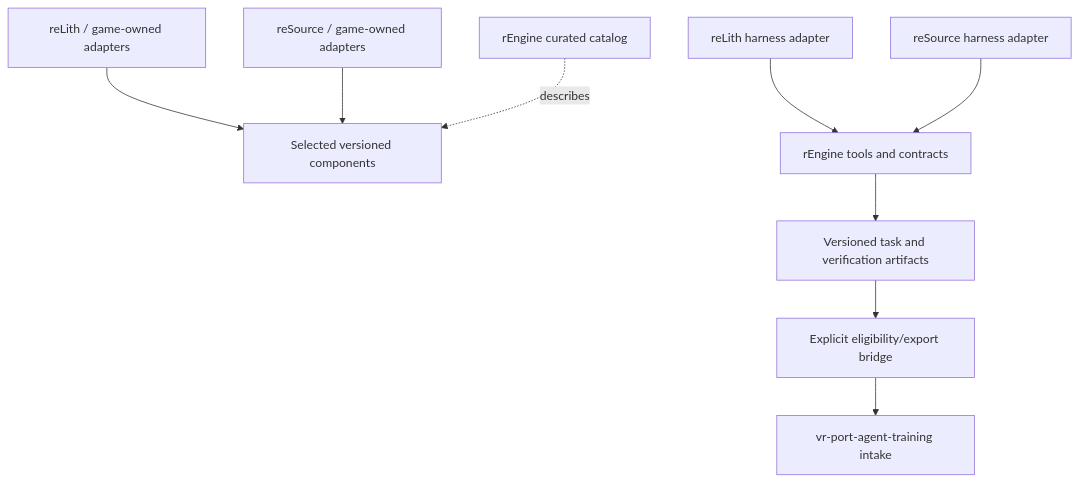
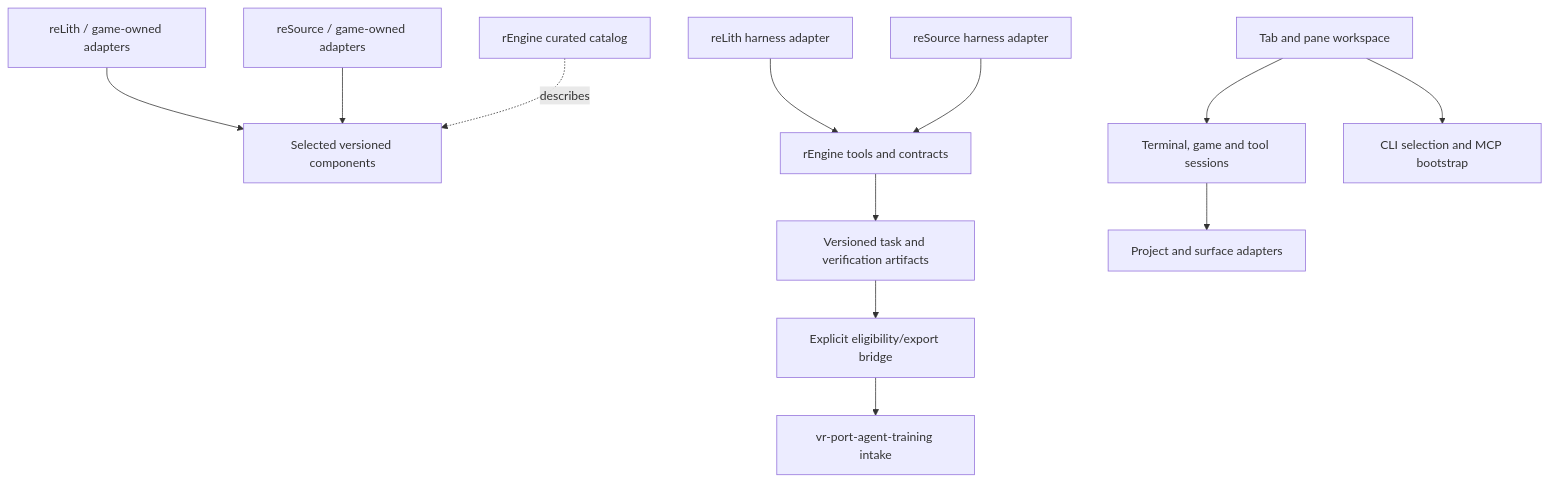
The diagram in docs/architecture.md (alex-nax/rengine), drawn with Mermaid before and after one commit. The commit also changed other lines of this file and 13 other files, not shown here.

Commit message:
docs: define library base and desktop orchestrator roadmap

````diff
--- a/docs/architecture.md
+++ b/docs/architecture.md
@@ -21,11 +34,14 @@
 ```mermaid
 flowchart TD
   Lith[reLith / game-owned adapters] --> Components[Selected versioned components]
   Source[reSource / game-owned adapters] --> Components
   LithHarness[reLith harness adapter] --> Tools[rEngine tools and contracts]
   SourceHarness[reSource harness adapter] --> Tools
   Tools --> Evidence[Versioned task and verification artifacts]
   Evidence --> Bridge[Explicit eligibility/export bridge]
   Bridge --> Training[vr-port-agent-training intake]
   Catalog[rEngine curated catalog] -. describes .-> Components
+  Workspace[Tab and pane workspace] --> Sessions[Terminal, game and tool sessions]
+  Sessions --> HostAdapters[Project and surface adapters]
+  Workspace --> AgentLaunch[CLI selection and MCP bootstrap]
 ```
````
